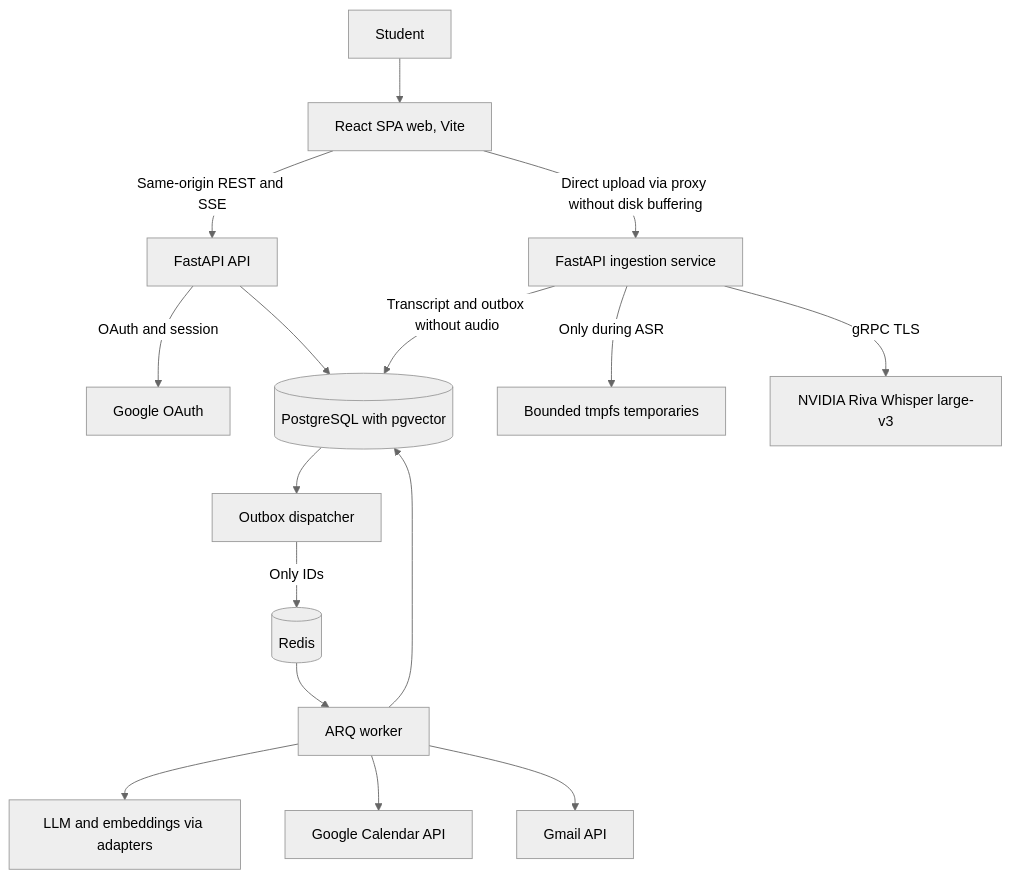
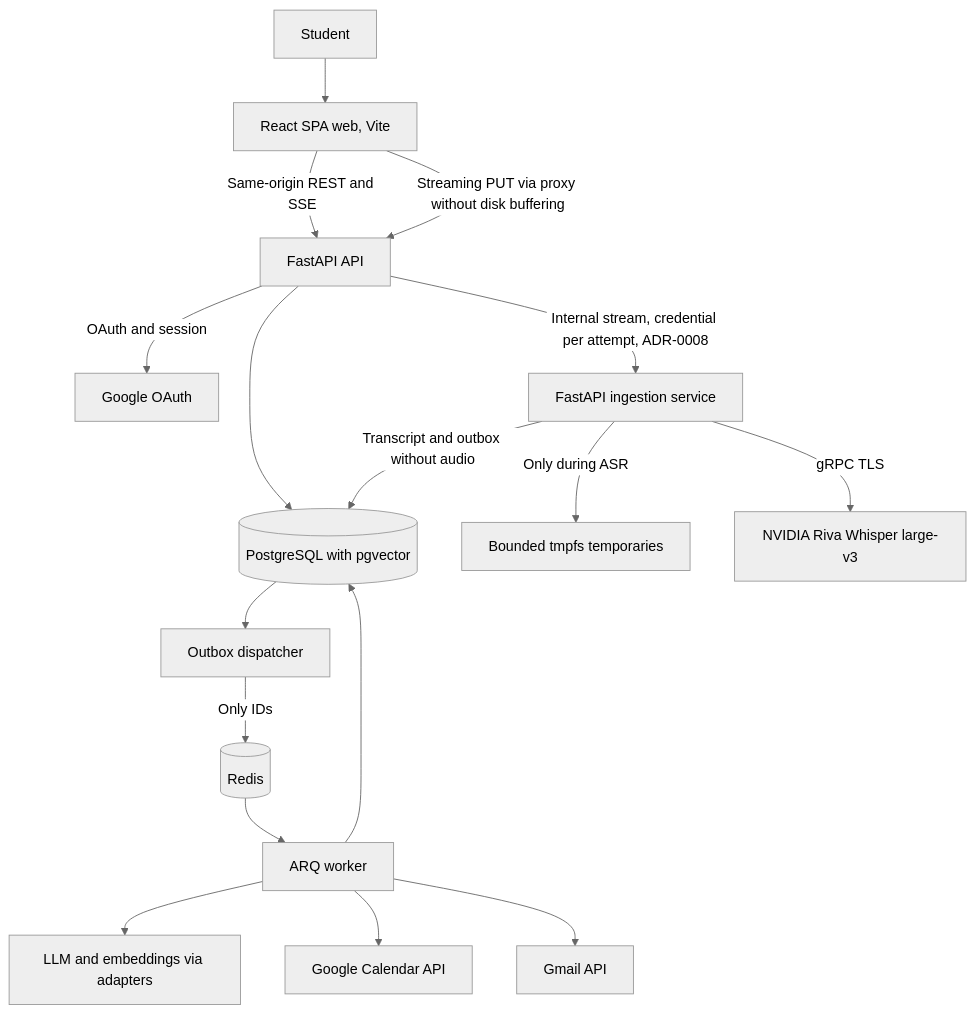
One commit to Nigrumhodo/Maulwurf changed the first of 3 diagrams in docs/ESPECIFICACION.md. Above: the diagram before and after it, drawn with Mermaid (neutral theme). The commit also changed other lines of this file and 7 other files, not shown here.

First line of the commit message:
docs(a2.13): ADR-0008 API-ingest reception contract, plan and claims update

````diff
--- a/docs/ESPECIFICACION.md
+++ b/docs/ESPECIFICACION.md
@@ -129,18 +129,19 @@
 ```mermaid
 flowchart TD
     U[Student] --> WEB[React SPA web, Vite]
     WEB -->|Same-origin REST and SSE| API[FastAPI API]
     API -->|OAuth and session| GO[Google OAuth]
     API --> PG[(PostgreSQL with pgvector)]
-    WEB -->|Direct upload via proxy without disk buffering| IN[FastAPI ingestion service]
+    WEB -->|Streaming PUT via proxy without disk buffering| API
+    API -->|Internal stream, credential per attempt, ADR-0008| IN[FastAPI ingestion service]
     IN -->|Only during ASR| RAM[Bounded tmpfs temporaries]
     IN -->|gRPC TLS| TR[NVIDIA Riva Whisper large-v3]
     IN -->|Transcript and outbox without audio| PG
     PG --> OB[Outbox dispatcher]
     OB -->|Only IDs| RD[(Redis)]
     RD --> WK[ARQ worker]
     WK --> PG
     WK --> LM[LLM and embeddings via adapters]
     WK --> CA[Google Calendar API]
     WK --> GM[Gmail API]
 ```
````
